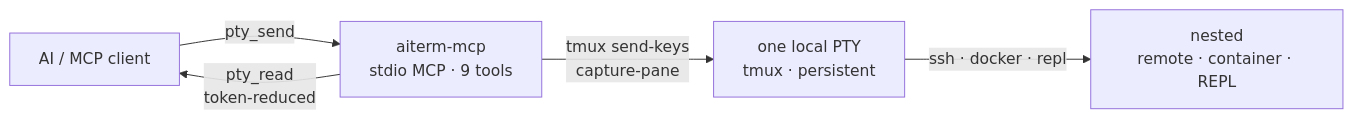
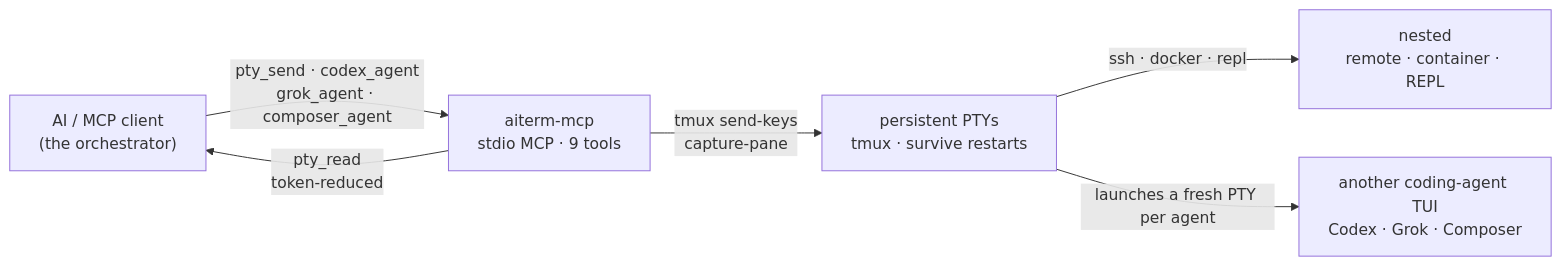
One commit to kitepon-rgb/aiterm-mcp changed the diagram in README.ja.md. Above: the diagram before and after it, drawn with Mermaid. The commit also changed other lines of this file and 3 other files, not shown here.

````diff
--- a/README.ja.md
+++ b/README.ja.md
@@ -116,7 +165,8 @@
 ```mermaid
 flowchart LR
-    AI["AI / MCP client"] -->|"pty_send"| S["aiterm-mcp<br/>stdio MCP · 9 tools"]
+    AI["AI / MCP client<br/>(the orchestrator)"] -->|"pty_send · codex_agent<br/>grok_agent · composer_agent"| S["aiterm-mcp<br/>stdio MCP · 9 tools"]
     S -->|"pty_read<br/>token-reduced"| AI
-    S -->|"tmux send-keys<br/>capture-pane"| P["one local PTY<br/>tmux · persistent"]
+    S -->|"tmux send-keys<br/>capture-pane"| P["persistent PTYs<br/>tmux · survive restarts"]
     P -->|"ssh · docker · repl"| R["nested<br/>remote · container · REPL"]
+    P -->|"launches a fresh PTY per agent"| A["another coding-agent TUI<br/>Codex · Grok · Composer"]
 ```
````
